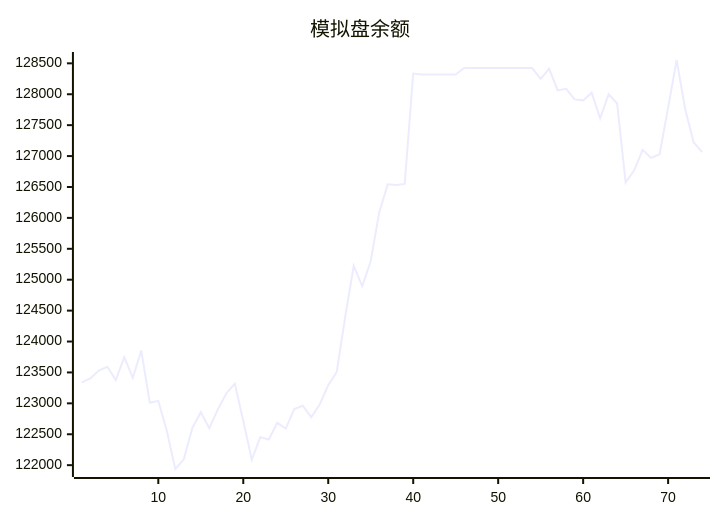
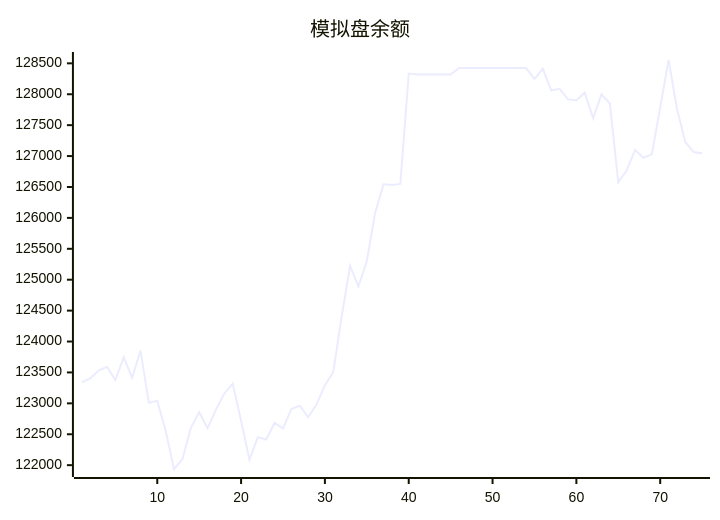
The diagram in trading/README.md (aahl/mcp-aktools), drawn with Mermaid before and after one commit. The commit also changed other lines of this file and 1 other file, not shown here.

````diff
--- a/trading/README.md
+++ b/trading/README.md
@@ -3,5 +3,5 @@
 ```mermaid
 xychart
     title "模拟盘余额"
-    line [123338,123402,123530,123592,123378,123745,123413,123853,123009,123040,122557,121938,122095,122599,122856,122597,122898,123160,123319,122719,122087,122454,122416,122685,122592,122907,122961,122776,122981,123295,123507,124403,125224,124894,125303,126088,126544,126534,126549,128335,128318,128318,128318,128318,128318,128424,128424,128424,128424,128424,128424,128424,128424,128424,128247,128412,128062,128087,127917,127901,128026,127611,128000,127850,126572,126770,127100,126971,127029,127783,128554,127765,127224,127064]
+    line [123338,123402,123530,123592,123378,123745,123413,123853,123009,123040,122557,121938,122095,122599,122856,122597,122898,123160,123319,122719,122087,122454,122416,122685,122592,122907,122961,122776,122981,123295,123507,124403,125224,124894,125303,126088,126544,126534,126549,128335,128318,128318,128318,128318,128318,128424,128424,128424,128424,128424,128424,128424,128424,128424,128247,128412,128062,128087,127917,127901,128026,127611,128000,127850,126572,126770,127100,126971,127029,127783,128554,127765,127224,127064,127044]
 ```
````
